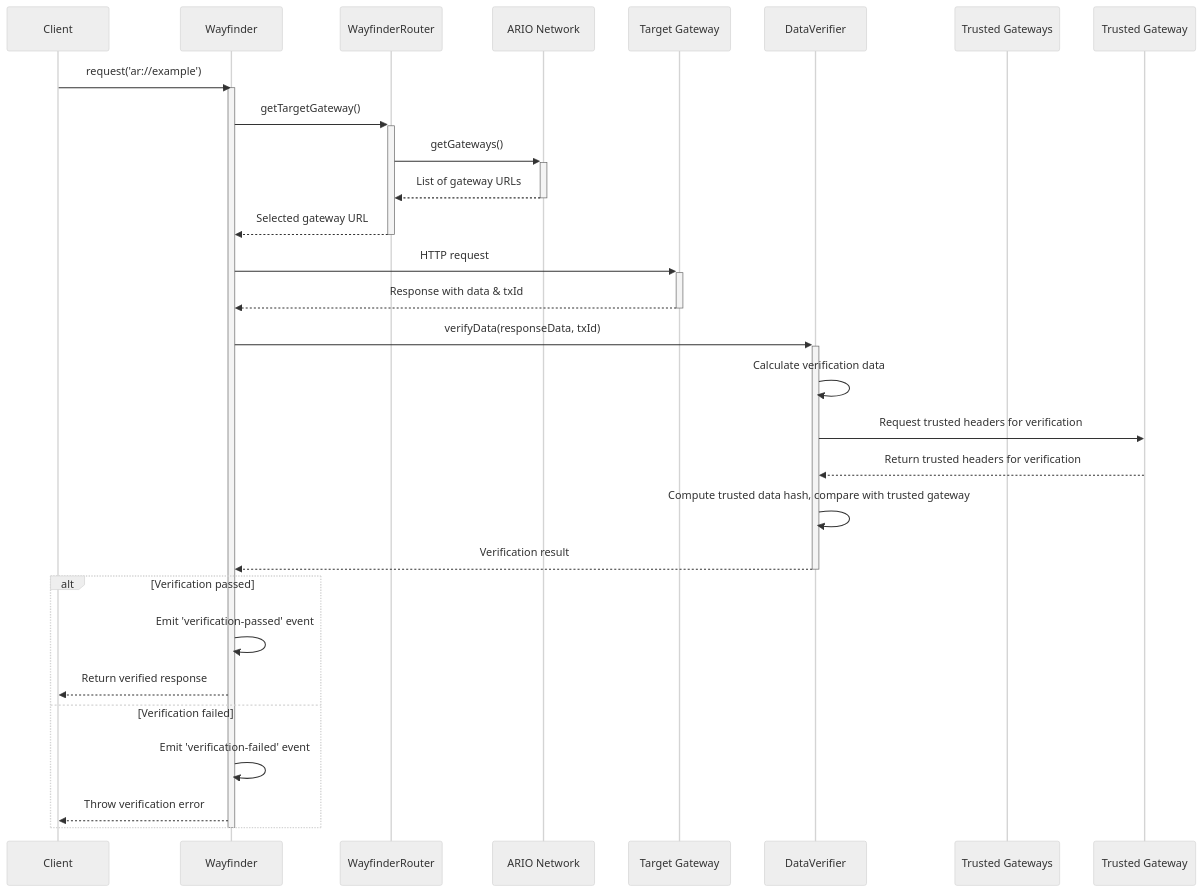
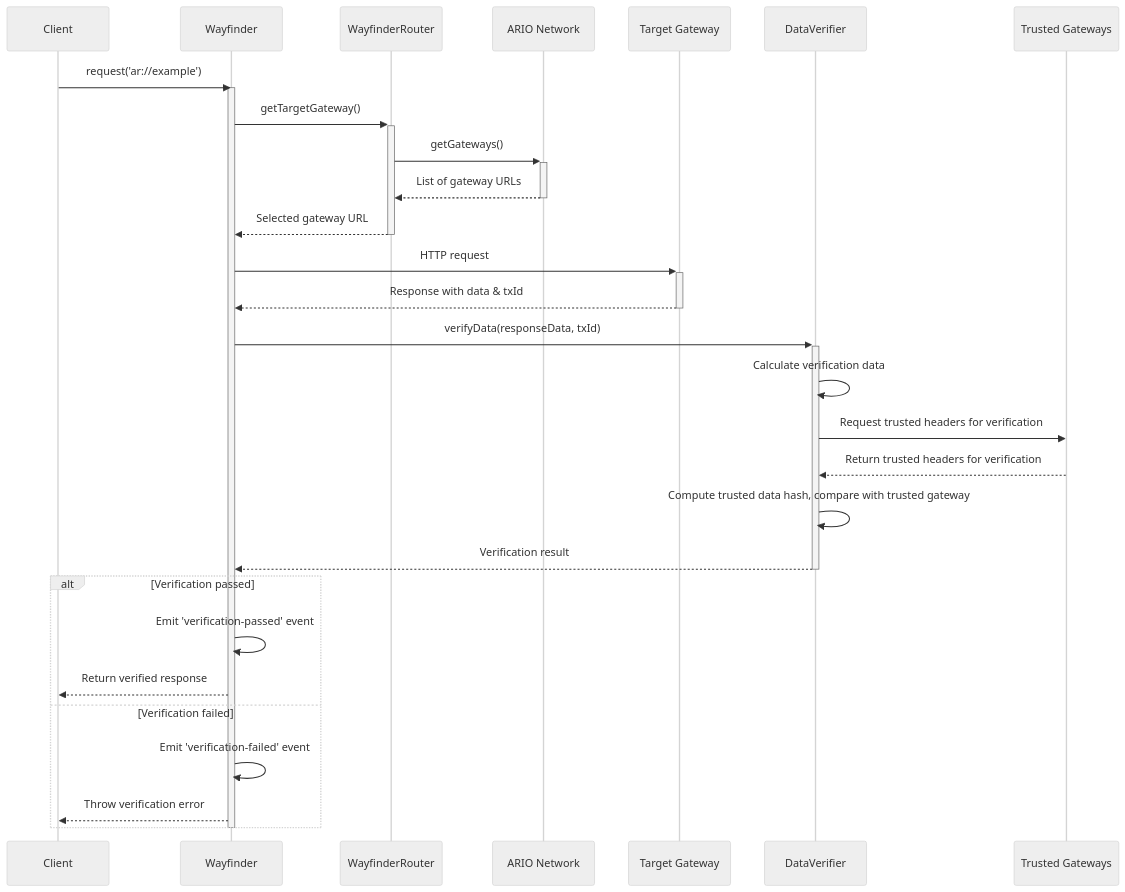
Before and after one commit to ar-io/ar-io-sdk: the diagram in WAYFINDER.md, drawn with Mermaid (neutral theme).

Commit message:
chore(docs): update WAYFINDER.md sequence diagram

````diff
--- a/WAYFINDER.md
+++ b/WAYFINDER.md
@@ -215,38 +215,38 @@
 ```mermaid
 sequenceDiagram
     participant Client
     participant Wayfinder
     participant WayfinderRouter
     participant ARIO Network
     participant Target Gateway
     participant DataVerifier
     participant Trusted Gateways
 
     Client->>Wayfinder: request('ar://example')
     activate Wayfinder
 
     Wayfinder->>+WayfinderRouter: getTargetGateway()
     WayfinderRouter->>+ARIO Network: getGateways()
     ARIO Network-->>-WayfinderRouter: List of gateway URLs
     WayfinderRouter-->>-Wayfinder: Selected gateway URL
 
     Wayfinder->>+Target Gateway: HTTP request
     Target Gateway-->>-Wayfinder: Response with data & txId
 
     Wayfinder->>+DataVerifier: verifyData(responseData, txId)
     DataVerifier->>DataVerifier: Calculate verification data
-    DataVerifier->>Trusted Gateway: Request trusted headers for verification
-    Trusted Gateway-->>DataVerifier: Return trusted headers for verification
+    DataVerifier->>Trusted Gateways: Request trusted headers for verification
+    Trusted Gateways-->>DataVerifier: Return trusted headers for verification
     DataVerifier->>DataVerifier: Compute trusted data hash, compare with trusted gateway
     DataVerifier-->>-Wayfinder: Verification result
 
     alt Verification passed
         Wayfinder->>Wayfinder: Emit 'verification-passed' event
         Wayfinder-->>Client: Return verified response
     else Verification failed
         Wayfinder->>Wayfinder: Emit 'verification-failed' event
         Wayfinder-->>Client: Throw verification error
     end
 
     deactivate Wayfinder
 ```
````
